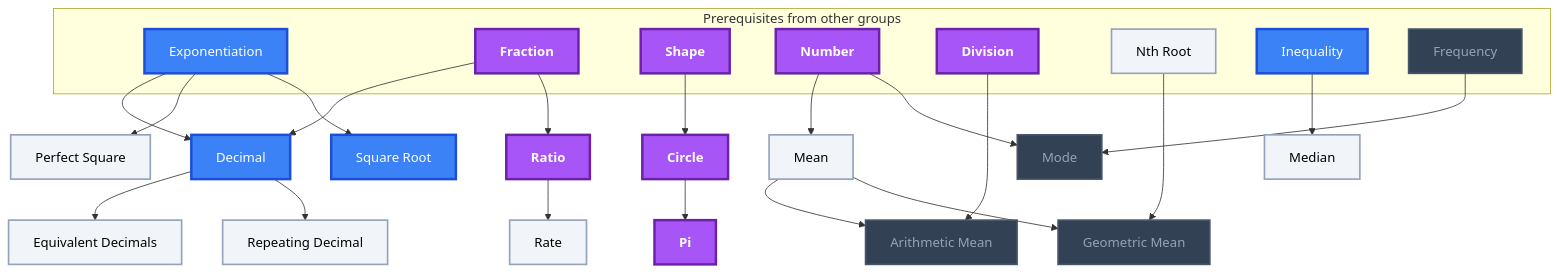
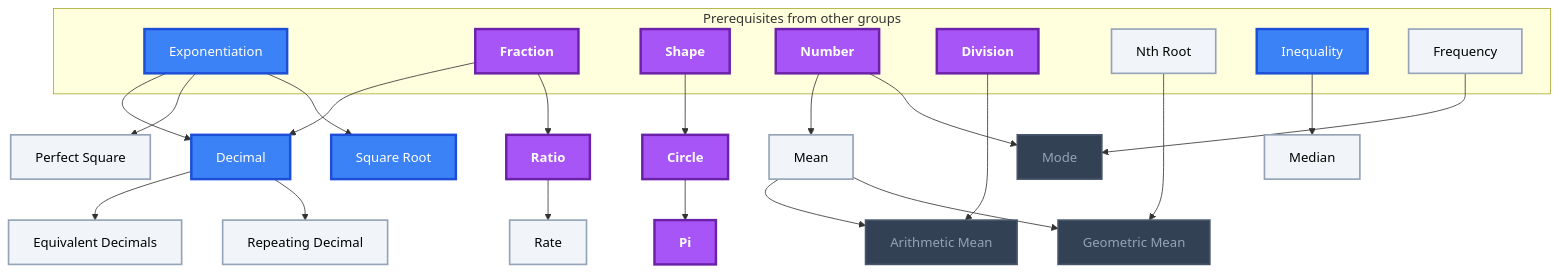
The fifth of 10 diagrams in Gamification/Skill Trees/Pre-Algebra.md (MRauf1/My-Notes), drawn with Mermaid before and after one commit. The commit also changed other lines of this file and 42 other files, not shown here.

````diff
--- a/Gamification/Skill Trees/Pre-Algebra.md
+++ b/Gamification/Skill Trees/Pre-Algebra.md
@@ -265,59 +265,59 @@
 ```mermaid
 flowchart TD
     classDef planned fill:#1E293B,stroke:#64748B,stroke-width:2px,stroke-dasharray:5 5,color:#94A3B8;
     classDef locked fill:#334155,stroke:#475569,stroke-width:2px,color:#94A3B8;
     classDef L0 fill:#F1F5F9,stroke:#94A3B8,stroke-width:2px,color:#000000;
     classDef L1 fill:#22C55E,stroke:#15803D,stroke-width:2px,color:#000000;
     classDef L2 fill:#3B82F6,stroke:#1D4ED8,stroke-width:3px,color:#FFFFFF;
     classDef L3 fill:#A855F7,stroke:#6B21A8,stroke-width:3px,color:#FFFFFF,font-weight:bold;
     classDef L4 fill:#F97316,stroke:#C2410C,stroke-width:4px,color:#000000,font-weight:bold;
     classDef L5 fill:#FFD700,stroke:#FF8C00,stroke-width:5px,color:#000000,font-weight:bold;
     classDef rusty stroke:#8B4513,stroke-width:4px,stroke-dasharray:3 3;
     subgraph sg_prereqs["Prerequisites from other groups"]
         n_exponentiation["Exponentiation"]
         n_fraction["Fraction"]
         n_shape["Shape"]
         n_number["Number"]
         n_division["Division"]
         n_nth_root["Nth Root"]
         n_inequality["Inequality"]
         n_frequency["Frequency"]
     end
     n_decimal["Decimal"]
     n_equivalent_decimals["Equivalent Decimals"]
     n_repeating_decimal["Repeating Decimal"]
     n_circle["Circle"]
     n_pi["Pi"]
     n_mean["Mean"]
     n_arithmetic_mean["Arithmetic Mean"]
     n_geometric_mean["Geometric Mean"]
     n_median["Median"]
     n_mode["Mode"]
     n_ratio["Ratio"]
     n_rate["Rate"]
     n_perfect_square["Perfect Square"]
     n_square_root["Square Root"]
     n_exponentiation --> n_decimal
     n_fraction --> n_decimal
     n_decimal --> n_equivalent_decimals
     n_decimal --> n_repeating_decimal
     n_shape --> n_circle
     n_circle --> n_pi
     n_number --> n_mean
     n_division --> n_arithmetic_mean
     n_mean --> n_arithmetic_mean
     n_nth_root --> n_geometric_mean
     n_mean --> n_geometric_mean
     n_inequality --> n_median
     n_number --> n_mode
     n_fraction --> n_ratio
     n_ratio --> n_rate
     n_exponentiation --> n_perfect_square
     n_exponentiation --> n_square_root
     n_frequency --> n_mode
-    class n_frequency,n_arithmetic_mean,n_geometric_mean,n_mode locked;
-    class n_nth_root,n_equivalent_decimals,n_repeating_decimal,n_mean,n_median,n_rate,n_perfect_square L0;
+    class n_arithmetic_mean,n_geometric_mean,n_mode locked;
+    class n_nth_root,n_frequency,n_equivalent_decimals,n_repeating_decimal,n_mean,n_median,n_rate,n_perfect_square L0;
     class n_exponentiation,n_inequality,n_decimal,n_square_root L2;
     class n_fraction,n_shape,n_number,n_division,n_circle,n_pi,n_ratio L3;
     class n_exponentiation,n_fraction,n_shape,n_number,n_division,n_nth_root,n_inequality,n_frequency,n_decimal,n_equivalent_decimals,n_repeating_decimal,n_circle,n_pi,n_mean,n_arithmetic_mean,n_geometric_mean,n_median,n_mode,n_ratio,n_rate,n_perfect_square,n_square_root internal-link;
 ```
````
